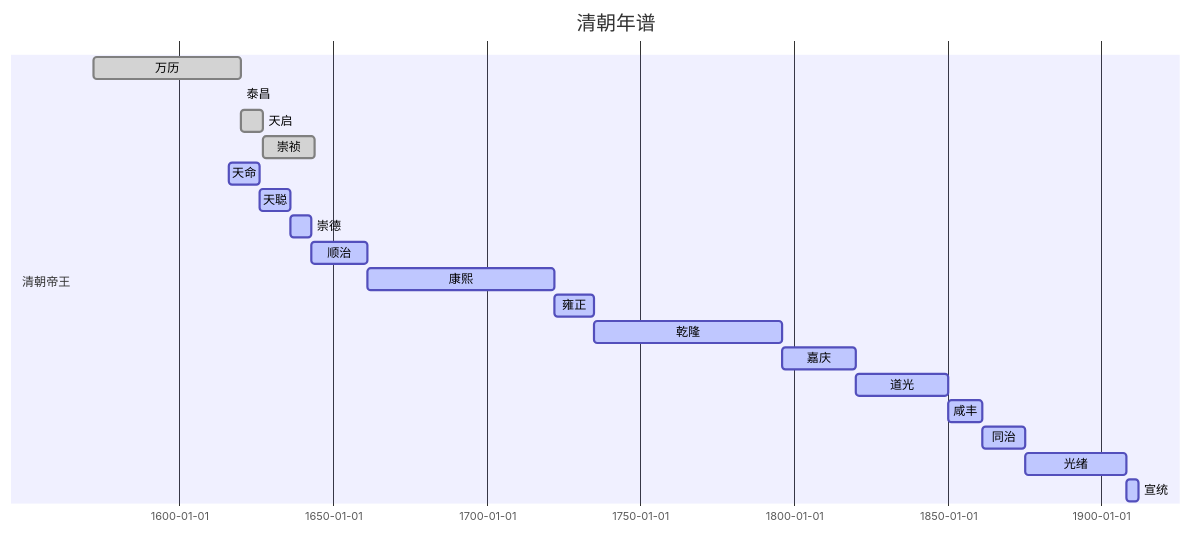
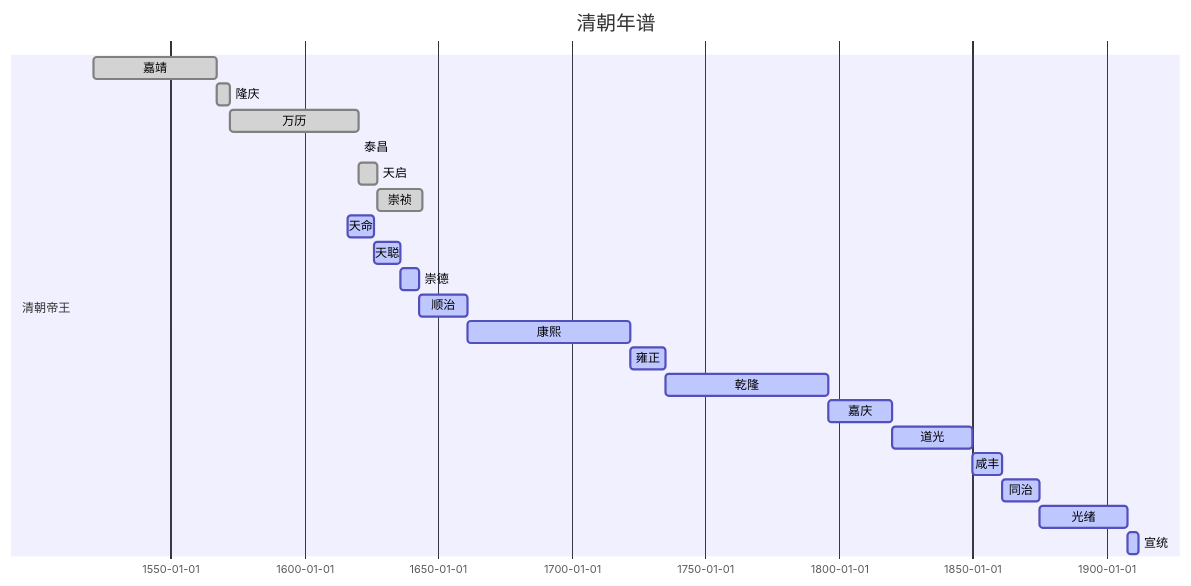
Before and after one commit to pemglee/HistoryNotes: the third of 4 diagrams in NoteList.md, drawn with Mermaid.

Commit message:
update for QING

````diff
--- a/NoteList.md
+++ b/NoteList.md
@@ -109,24 +109,26 @@
 ```mermaid
 gantt
 dateformat YYYY
 title 清朝年谱
 
 section 清朝帝王
+嘉靖: done, 朱厚熜, 1521, 1567
+隆庆: done, 朱载坖, 1567, 1572
 万历: done, 朱翊钧, 1572, 1620
 泰昌: done, 朱常洛, 1620, 1620
 天启: done, 朱由校, 1620, 1627
 崇祯: done, 朱由检, 1627, 1644
 天命: active, 努尔哈赤, 1616, 1626
 天聪: active, 皇太极, 1626, 1636
 崇德: active, 皇太极, 1636, 1643
 顺治: active, 福临, 1643, 1661
 康熙: active, 玄烨, 1661, 1722
 雍正: active, 胤禛, 1722, 1735
 乾隆: active, 弘历, 1735, 1796
 嘉庆: active, 颙琰, 1796, 1820
 道光: active, 旻宁, 1820, 1850
 咸丰: active, 奕詝, 1850, 1861
 同治: active, 载淳, 1861, 1875
 光绪: active, 载湉, 1875, 1908
 宣统: active, 溥仪, 1908, 1912
 ```
````
